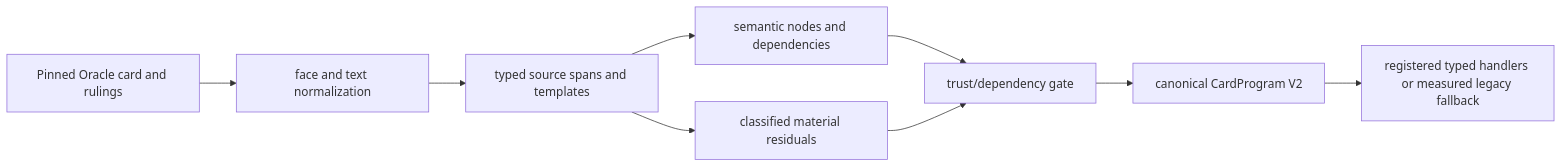
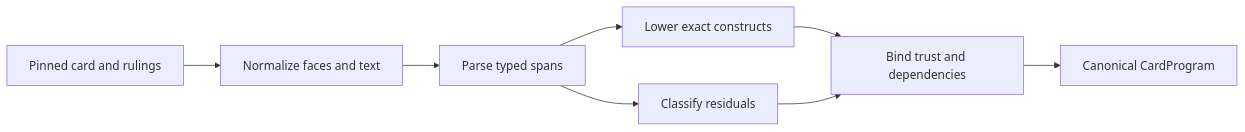
One commit to MoellerJDev/mtg-commander-sim changed the diagram in docs/architecture/compiler.md. Above: the diagram before and after it, drawn with Mermaid. The commit also changed other lines of this file and 103 other files, not shown here.

````diff
--- a/docs/architecture/compiler.md
+++ b/docs/architecture/compiler.md
@@ -21,11 +17,10 @@
 ```mermaid
 flowchart LR
-    Card["Pinned Oracle card and rulings"] --> Normalize["face and text normalization"]
-    Normalize --> Parse["typed source spans and templates"]
-    Parse --> Lower["semantic nodes and dependencies"]
-    Parse --> Residuals["classified material residuals"]
-    Lower --> Gate["trust/dependency gate"]
+    Input["Pinned card and rulings"] --> Normalize["Normalize faces and text"]
+    Normalize --> Parse["Parse typed spans"]
+    Parse --> Lower["Lower exact constructs"]
+    Parse --> Residuals["Classify residuals"]
+    Lower --> Gate["Bind trust and dependencies"]
     Residuals --> Gate
-    Gate --> Program["canonical CardProgram V2"]
-    Program --> Handlers["registered typed handlers or measured legacy fallback"]
+    Gate --> Program["Canonical CardProgram"]
 ```
````
